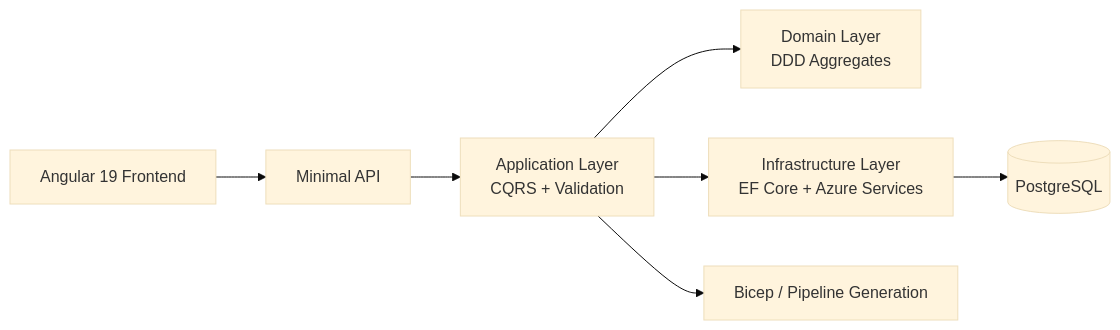
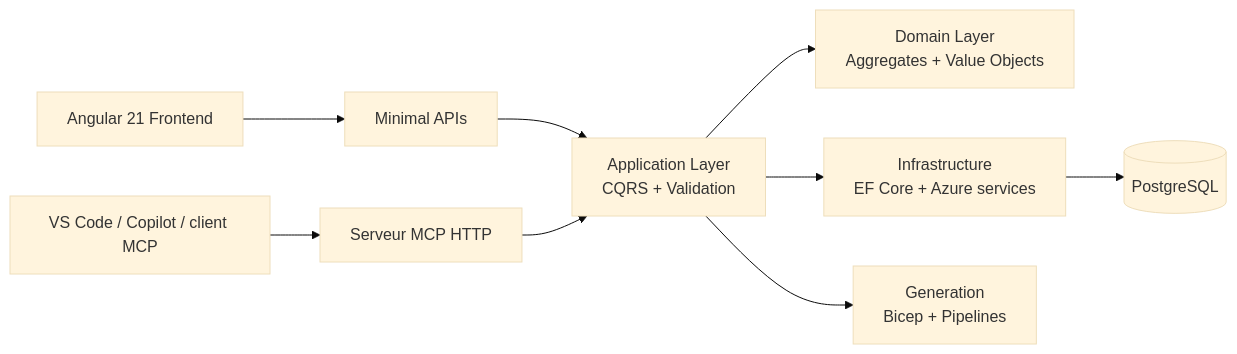
The diagram in README.md (FlorianDrevet/infra-pipeline-editor), drawn with Mermaid (base theme) before and after one commit. The commit also changed other lines of this file and 54 other files, not shown here.

````diff
--- a/README.md
+++ b/README.md
@@ -61,9 +59,11 @@
 ```mermaid
 flowchart LR
-		UI[Angular 19 Frontend] --> API[Minimal API]
-		API --> APP[Application Layer\nCQRS + Validation]
-		APP --> DOMAIN[Domain Layer\nDDD Aggregates]
-		APP --> INFRA[Infrastructure Layer\nEF Core + Azure Services]
-		APP --> GEN[Bicep / Pipeline Generation]
-		INFRA --> DB[(PostgreSQL)]
+    UI[Angular 21 Frontend] --> API[Minimal APIs]
+    Agent[VS Code / Copilot / client MCP] --> MCP[Serveur MCP HTTP]
+    API --> APP[Application Layer\nCQRS + Validation]
+    MCP --> APP
+    APP --> DOMAIN[Domain Layer\nAggregates + Value Objects]
+    APP --> INFRA[Infrastructure\nEF Core + Azure services]
+    APP --> GEN[Generation\nBicep + Pipelines]
+    INFRA --> DB[(PostgreSQL)]
 ```
````
